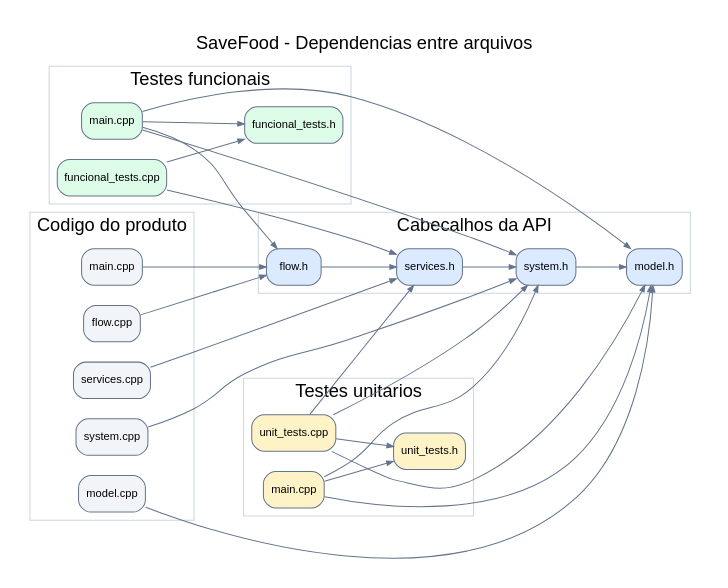
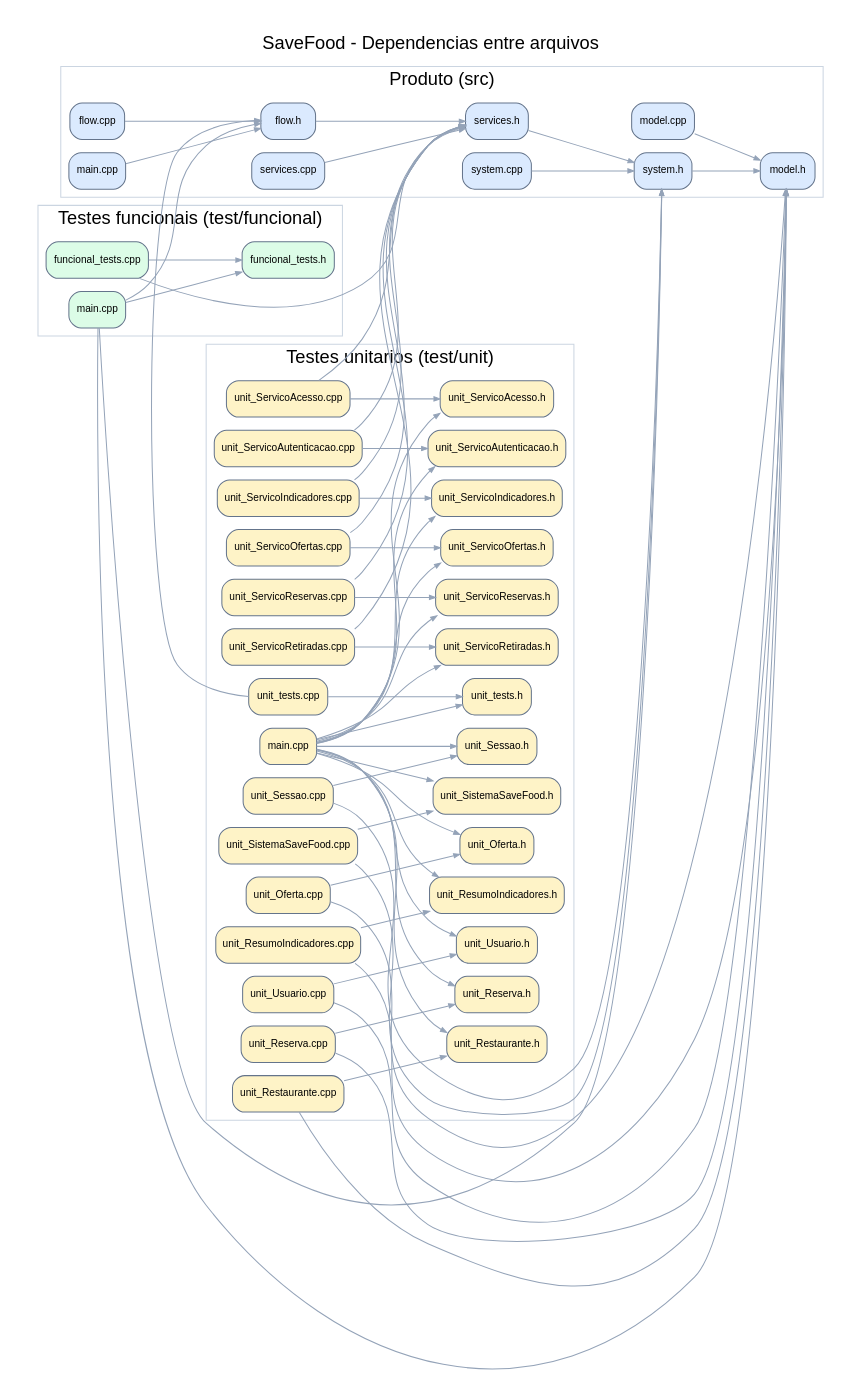
Before and after one commit to JaderleyJR/BCC322: the diagram in doc/graficos/dependencias.dot, drawn with Graphviz. The commit also changed 48 other files, not shown here.

```diff
--- a/doc/graficos/dependencias.dot
+++ b/doc/graficos/dependencias.dot
@@ -1,49 +1,108 @@
 digraph Dependencias {
-  graph [rankdir=LR, bgcolor="white", pad=.3, nodesep=.28, ranksep=.7, fontname="Arial", label="SaveFood - Dependencias entre arquivos", labelloc=t, fontsize=18];
-  node [shape=box, style="rounded,filled", fontname="Arial", fontsize=11, color="#64748b", fillcolor="#f1f5f9"];
-  edge [color="#64748b", arrowsize=.65];
-  subgraph cluster_include { label="Cabecalhos da API"; color="#cbd5e1";
-    "include/flow.h" [label="flow.h", fillcolor="#dbeafe"];
-    "include/model.h" [label="model.h", fillcolor="#dbeafe"];
-    "include/services.h" [label="services.h", fillcolor="#dbeafe"];
-    "include/system.h" [label="system.h", fillcolor="#dbeafe"];
+  graph [rankdir=LR, bgcolor="white", pad=.3, nodesep=.18, ranksep=.9, fontname="Arial", label="SaveFood - Dependencias entre arquivos", labelloc=t, fontsize=18];
+  node [shape=box, style="rounded,filled", fontname="Arial", fontsize=10, color="#64748b"];
+  edge [color="#94a3b8", arrowsize=.6];
+  subgraph "cluster_src" { label="Produto (src)"; color="#cbd5e1";
+    "src/flow.cpp" [label="flow.cpp", fillcolor="#dbeafe"];
+    "src/flow.h" [label="flow.h", fillcolor="#dbeafe"];
+    "src/main.cpp" [label="main.cpp", fillcolor="#dbeafe"];
+    "src/model.cpp" [label="model.cpp", fillcolor="#dbeafe"];
+    "src/model.h" [label="model.h", fillcolor="#dbeafe"];
+    "src/services.cpp" [label="services.cpp", fillcolor="#dbeafe"];
+    "src/services.h" [label="services.h", fillcolor="#dbeafe"];
+    "src/system.cpp" [label="system.cpp", fillcolor="#dbeafe"];
+    "src/system.h" [label="system.h", fillcolor="#dbeafe"];
   }
-  subgraph cluster_src { label="Codigo do produto"; color="#cbd5e1";
-    "src/flow.cpp" [label="flow.cpp", fillcolor="#f1f5f9"];
-    "src/main.cpp" [label="main.cpp", fillcolor="#f1f5f9"];
-    "src/model.cpp" [label="model.cpp", fillcolor="#f1f5f9"];
-    "src/services.cpp" [label="services.cpp", fillcolor="#f1f5f9"];
-    "src/system.cpp" [label="system.cpp", fillcolor="#f1f5f9"];
-  }
-  subgraph cluster_test_funcional { label="Testes funcionais"; color="#cbd5e1";
-    "test/funcional/funcional_tests.cpp" [label="funcional_tests.cpp", fillcolor="#dcfce7"];
-    "test/funcional/main.cpp" [label="main.cpp", fillcolor="#dcfce7"];
-    "test/funcional/funcional_tests.h" [label="funcional_tests.h", fillcolor="#dcfce7"];
-  }
-  subgraph cluster_test_unit { label="Testes unitarios"; color="#cbd5e1";
+  subgraph "cluster_test/unit" { label="Testes unitarios (test/unit)"; color="#cbd5e1";
     "test/unit/main.cpp" [label="main.cpp", fillcolor="#fef3c7"];
+    "test/unit/unit_Oferta.cpp" [label="unit_Oferta.cpp", fillcolor="#fef3c7"];
+    "test/unit/unit_Oferta.h" [label="unit_Oferta.h", fillcolor="#fef3c7"];
+    "test/unit/unit_Reserva.cpp" [label="unit_Reserva.cpp", fillcolor="#fef3c7"];
+    "test/unit/unit_Reserva.h" [label="unit_Reserva.h", fillcolor="#fef3c7"];
+    "test/unit/unit_Restaurante.cpp" [label="unit_Restaurante.cpp", fillcolor="#fef3c7"];
+    "test/unit/unit_Restaurante.h" [label="unit_Restaurante.h", fillcolor="#fef3c7"];
+    "test/unit/unit_ResumoIndicadores.cpp" [label="unit_ResumoIndicadores.cpp", fillcolor="#fef3c7"];
+    "test/unit/unit_ResumoIndicadores.h" [label="unit_ResumoIndicadores.h", fillcolor="#fef3c7"];
+    "test/unit/unit_ServicoAcesso.cpp" [label="unit_ServicoAcesso.cpp", fillcolor="#fef3c7"];
+    "test/unit/unit_ServicoAcesso.h" [label="unit_ServicoAcesso.h", fillcolor="#fef3c7"];
+    "test/unit/unit_ServicoAutenticacao.cpp" [label="unit_ServicoAutenticacao.cpp", fillcolor="#fef3c7"];
+    "test/unit/unit_ServicoAutenticacao.h" [label="unit_ServicoAutenticacao.h", fillcolor="#fef3c7"];
+    "test/unit/unit_ServicoIndicadores.cpp" [label="unit_ServicoIndicadores.cpp", fillcolor="#fef3c7"];
+    "test/unit/unit_ServicoIndicadores.h" [label="unit_ServicoIndicadores.h", fillcolor="#fef3c7"];
+    "test/unit/unit_ServicoOfertas.cpp" [label="unit_ServicoOfertas.cpp", fillcolor="#fef3c7"];
+    "test/unit/unit_ServicoOfertas.h" [label="unit_ServicoOfertas.h", fillcolor="#fef3c7"];
+    "test/unit/unit_ServicoReservas.cpp" [label="unit_ServicoReservas.cpp", fillcolor="#fef3c7"];
+    "test/unit/unit_ServicoReservas.h" [label="unit_ServicoReservas.h", fillcolor="#fef3c7"];
+    "test/unit/unit_ServicoRetiradas.cpp" [label="unit_ServicoRetiradas.cpp", fillcolor="#fef3c7"];
+    "test/unit/unit_ServicoRetiradas.h" [label="unit_ServicoRetiradas.h", fillcolor="#fef3c7"];
+    "test/unit/unit_Sessao.cpp" [label="unit_Sessao.cpp", fillcolor="#fef3c7"];
+    "test/unit/unit_Sessao.h" [label="unit_Sessao.h", fillcolor="#fef3c7"];
+    "test/unit/unit_SistemaSaveFood.cpp" [label="unit_SistemaSaveFood.cpp", fillcolor="#fef3c7"];
+    "test/unit/unit_SistemaSaveFood.h" [label="unit_SistemaSaveFood.h", fillcolor="#fef3c7"];
+    "test/unit/unit_Usuario.cpp" [label="unit_Usuario.cpp", fillcolor="#fef3c7"];
+    "test/unit/unit_Usuario.h" [label="unit_Usuario.h", fillcolor="#fef3c7"];
     "test/unit/unit_tests.cpp" [label="unit_tests.cpp", fillcolor="#fef3c7"];
     "test/unit/unit_tests.h" [label="unit_tests.h", fillcolor="#fef3c7"];
   }
-  "include/flow.h" -> "include/services.h";
-  "include/services.h" -> "include/system.h";
-  "include/system.h" -> "include/model.h";
-  "src/flow.cpp" -> "include/flow.h";
-  "src/main.cpp" -> "include/flow.h";
-  "src/model.cpp" -> "include/model.h";
-  "src/services.cpp" -> "include/services.h";
-  "src/system.cpp" -> "include/system.h";
+  subgraph "cluster_test/funcional" { label="Testes funcionais (test/funcional)"; color="#cbd5e1";
+    "test/funcional/funcional_tests.cpp" [label="funcional_tests.cpp", fillcolor="#dcfce7"];
+    "test/funcional/funcional_tests.h" [label="funcional_tests.h", fillcolor="#dcfce7"];
+    "test/funcional/main.cpp" [label="main.cpp", fillcolor="#dcfce7"];
+  }
+  "src/flow.cpp" -> "src/flow.h";
+  "src/flow.h" -> "src/services.h";
+  "src/main.cpp" -> "src/flow.h";
+  "src/model.cpp" -> "src/model.h";
+  "src/services.cpp" -> "src/services.h";
+  "src/services.h" -> "src/system.h";
+  "src/system.cpp" -> "src/system.h";
+  "src/system.h" -> "src/model.h";
   "test/funcional/funcional_tests.cpp" -> "test/funcional/funcional_tests.h";
-  "test/funcional/funcional_tests.cpp" -> "include/services.h";
+  "test/funcional/funcional_tests.cpp" -> "src/services.h";
   "test/funcional/main.cpp" -> "test/funcional/funcional_tests.h";
-  "test/funcional/main.cpp" -> "include/model.h";
-  "test/funcional/main.cpp" -> "include/system.h";
-  "test/funcional/main.cpp" -> "include/flow.h";
+  "test/funcional/main.cpp" -> "src/model.h";
+  "test/funcional/main.cpp" -> "src/system.h";
+  "test/funcional/main.cpp" -> "src/flow.h";
   "test/unit/main.cpp" -> "test/unit/unit_tests.h";
-  "test/unit/main.cpp" -> "include/model.h";
-  "test/unit/main.cpp" -> "include/system.h";
+  "test/unit/main.cpp" -> "test/unit/unit_Restaurante.h";
+  "test/unit/main.cpp" -> "test/unit/unit_Usuario.h";
+  "test/unit/main.cpp" -> "test/unit/unit_Sessao.h";
+  "test/unit/main.cpp" -> "test/unit/unit_Oferta.h";
+  "test/unit/main.cpp" -> "test/unit/unit_Reserva.h";
+  "test/unit/main.cpp" -> "test/unit/unit_ResumoIndicadores.h";
+  "test/unit/main.cpp" -> "test/unit/unit_SistemaSaveFood.h";
+  "test/unit/main.cpp" -> "test/unit/unit_ServicoAutenticacao.h";
+  "test/unit/main.cpp" -> "test/unit/unit_ServicoAcesso.h";
+  "test/unit/main.cpp" -> "test/unit/unit_ServicoOfertas.h";
+  "test/unit/main.cpp" -> "test/unit/unit_ServicoReservas.h";
+  "test/unit/main.cpp" -> "test/unit/unit_ServicoRetiradas.h";
+  "test/unit/main.cpp" -> "test/unit/unit_ServicoIndicadores.h";
+  "test/unit/unit_Oferta.cpp" -> "test/unit/unit_Oferta.h";
+  "test/unit/unit_Oferta.cpp" -> "src/model.h";
+  "test/unit/unit_Reserva.cpp" -> "test/unit/unit_Reserva.h";
+  "test/unit/unit_Reserva.cpp" -> "src/model.h";
+  "test/unit/unit_Restaurante.cpp" -> "test/unit/unit_Restaurante.h";
+  "test/unit/unit_Restaurante.cpp" -> "src/model.h";
+  "test/unit/unit_ResumoIndicadores.cpp" -> "test/unit/unit_ResumoIndicadores.h";
+  "test/unit/unit_ResumoIndicadores.cpp" -> "src/model.h";
+  "test/unit/unit_ServicoAcesso.cpp" -> "test/unit/unit_ServicoAcesso.h";
+  "test/unit/unit_ServicoAcesso.cpp" -> "src/services.h";
+  "test/unit/unit_ServicoAutenticacao.cpp" -> "test/unit/unit_ServicoAutenticacao.h";
+  "test/unit/unit_ServicoAutenticacao.cpp" -> "src/services.h";
+  "test/unit/unit_ServicoIndicadores.cpp" -> "test/unit/unit_ServicoIndicadores.h";
+  "test/unit/unit_ServicoIndicadores.cpp" -> "src/services.h";
+  "test/unit/unit_ServicoOfertas.cpp" -> "test/unit/unit_ServicoOfertas.h";
+  "test/unit/unit_ServicoOfertas.cpp" -> "src/services.h";
+  "test/unit/unit_ServicoReservas.cpp" -> "test/unit/unit_ServicoReservas.h";
+  "test/unit/unit_ServicoReservas.cpp" -> "src/services.h";
+  "test/unit/unit_ServicoRetiradas.cpp" -> "test/unit/unit_ServicoRetiradas.h";
+  "test/unit/unit_ServicoRetiradas.cpp" -> "src/services.h";
+  "test/unit/unit_Sessao.cpp" -> "test/unit/unit_Sessao.h";
+  "test/unit/unit_Sessao.cpp" -> "src/system.h";
+  "test/unit/unit_SistemaSaveFood.cpp" -> "test/unit/unit_SistemaSaveFood.h";
+  "test/unit/unit_SistemaSaveFood.cpp" -> "src/system.h";
+  "test/unit/unit_Usuario.cpp" -> "test/unit/unit_Usuario.h";
+  "test/unit/unit_Usuario.cpp" -> "src/model.h";
   "test/unit/unit_tests.cpp" -> "test/unit/unit_tests.h";
-  "test/unit/unit_tests.cpp" -> "include/model.h";
-  "test/unit/unit_tests.cpp" -> "include/system.h";
-  "test/unit/unit_tests.cpp" -> "include/services.h";
+  "test/unit/unit_tests.cpp" -> "src/flow.h";
 }
```
